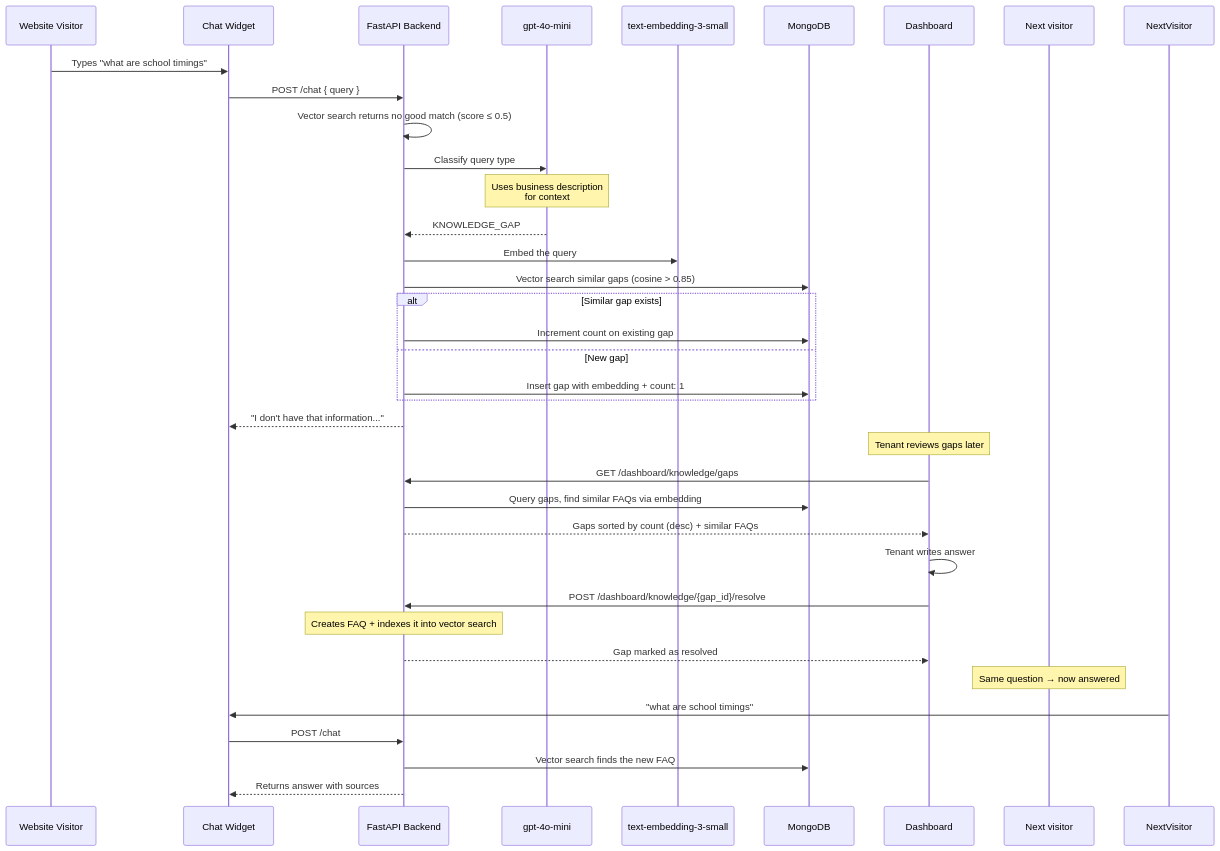
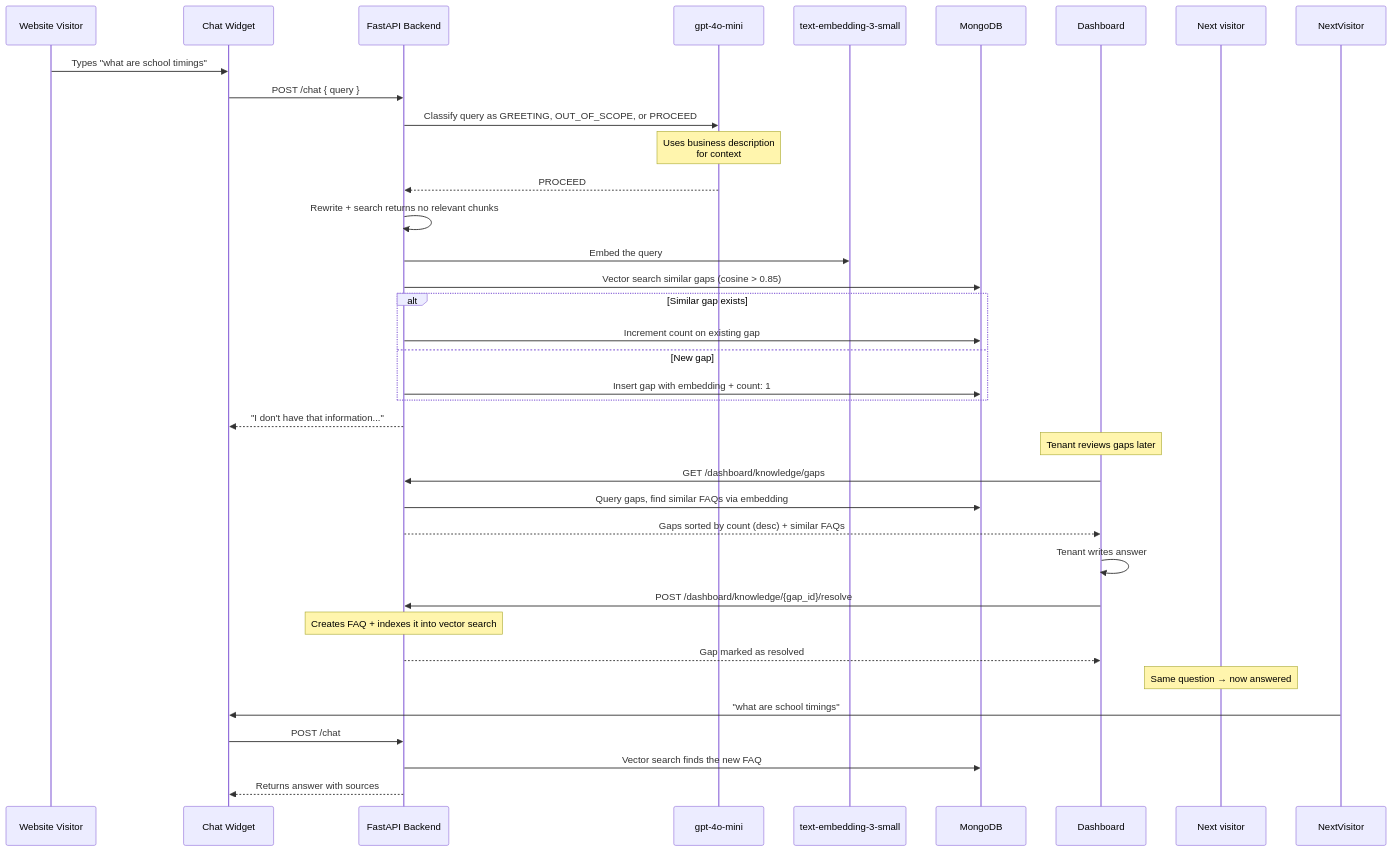
The sixth of 10 diagrams in README.md (pawanm992002/AI_CHATBOT), drawn with Mermaid before and after one commit. The commit also changed other lines of this file and 3 other files, not shown here.

Commit message:
feat: update chat service to allow search on OUT_OF_SCOPE classification and enhance documentation

````diff
--- a/README.md
+++ b/README.md
@@ -640,44 +637,43 @@
 ```mermaid
 sequenceDiagram
     participant Visitor as Website Visitor
     participant Widget as Chat Widget
     participant API as FastAPI Backend
     participant Classifier as gpt-4o-mini
     participant Embedder as text-embedding-3-small
     participant DB as MongoDB
 
     Visitor->>Widget: Types "what are school timings"
     Widget->>API: POST /chat { query }
     
-    API->>API: Vector search returns no good match (score ≤ 0.5)
-    
-    API->>Classifier: Classify query type
+    API->>Classifier: Classify query as GREETING, OUT_OF_SCOPE, or PROCEED
     Note over Classifier: Uses business description<br/>for context
-    Classifier-->>API: KNOWLEDGE_GAP
+    Classifier-->>API: PROCEED
+    API->>API: Rewrite + search returns no relevant chunks
     
     API->>Embedder: Embed the query
     API->>DB: Vector search similar gaps (cosine > 0.85)
     alt Similar gap exists
         API->>DB: Increment count on existing gap
     else New gap
         API->>DB: Insert gap with embedding + count: 1
     end
     
     API-->>Widget: "I don't have that information..."
 
     Note over Dashboard: Tenant reviews gaps later
     Dashboard->>API: GET /dashboard/knowledge/gaps
     API->>DB: Query gaps, find similar FAQs via embedding
     API-->>Dashboard: Gaps sorted by count (desc) + similar FAQs
     
     Dashboard->>Dashboard: Tenant writes answer
     Dashboard->>API: POST /dashboard/knowledge/{gap_id}/resolve
     Note over API: Creates FAQ + indexes it into vector search
     API-->>Dashboard: Gap marked as resolved
 
     Note over Next visitor: Same question → now answered
     NextVisitor->>Widget: "what are school timings"
     Widget->>API: POST /chat
     API->>DB: Vector search finds the new FAQ
     API-->>Widget: Returns answer with sources
 ```
````
